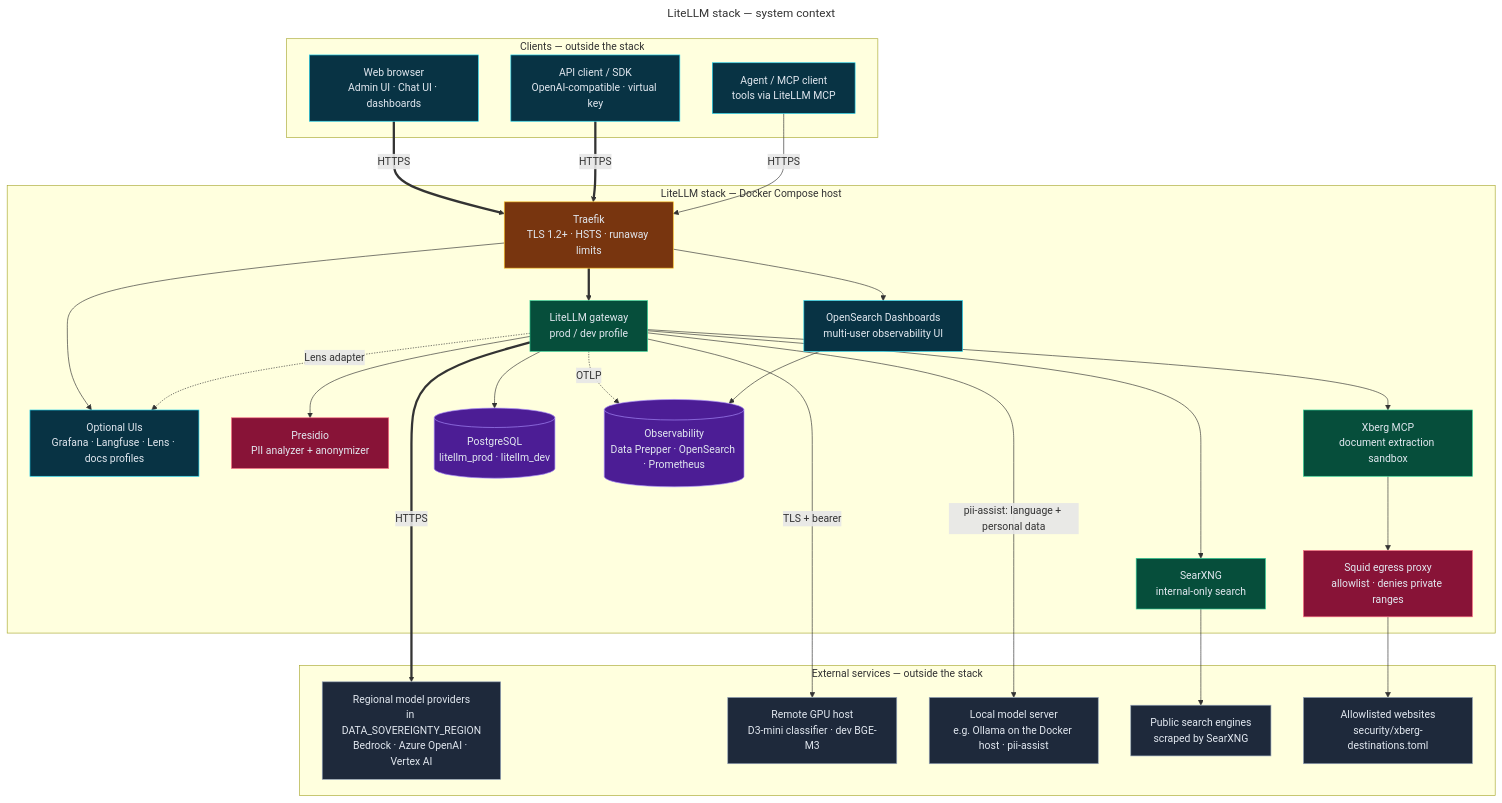
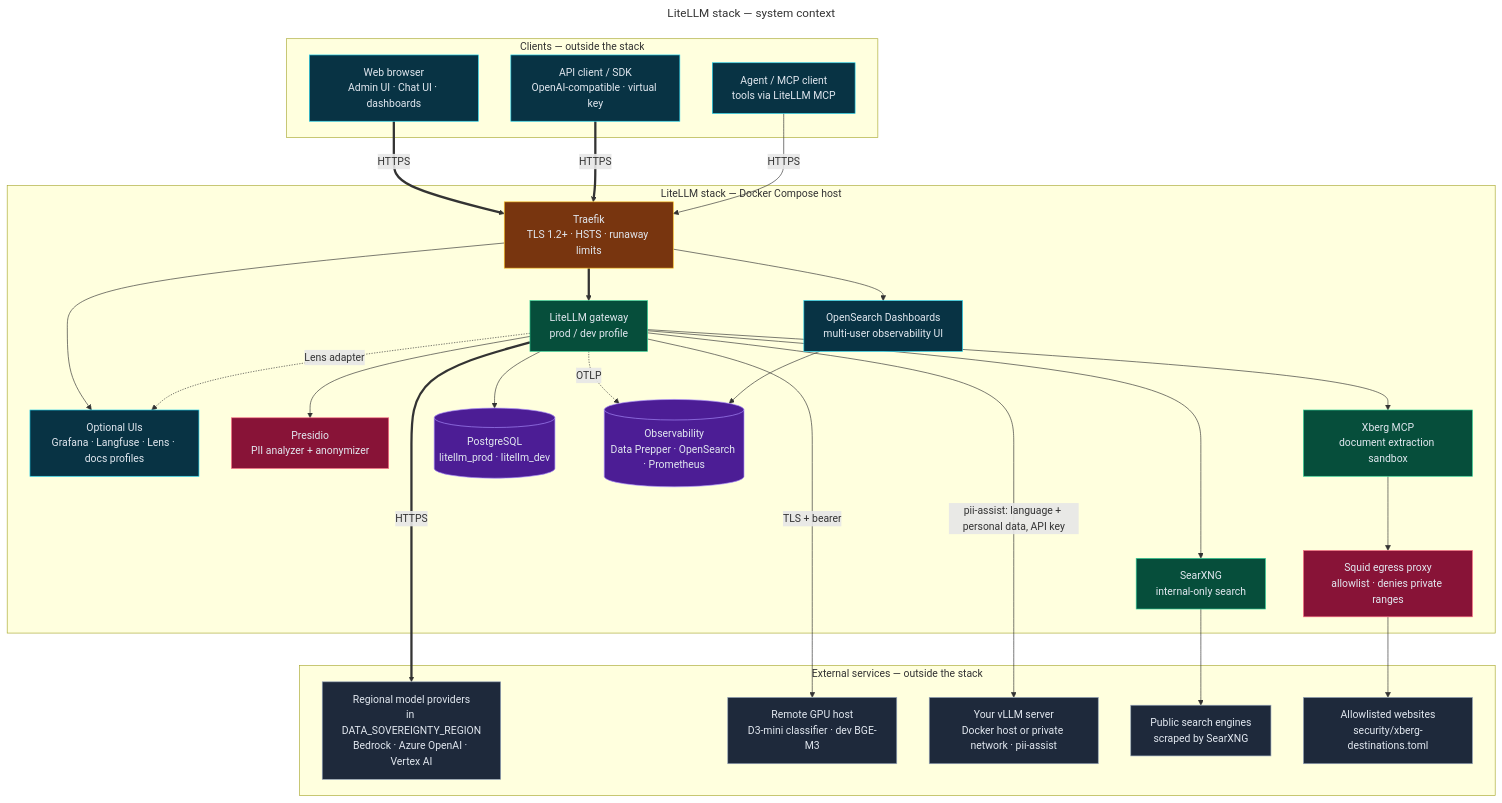
Before and after one commit to bella-1337/effective-spoon: the diagram in diagrams/01-system-context.mmd, drawn with Mermaid. The commit also changed 15 other files, not shown here.

First line of the commit message:
Serve the pii-assist model from an operator-run vLLM server instead of Ollama

```diff
--- a/diagrams/01-system-context.mmd
+++ b/diagrams/01-system-context.mmd
@@ -1,66 +1,66 @@
 ---
 title: LiteLLM stack — system context
 ---
 flowchart TD
   %% Source for 01-system-context.html. Edit this file, then run ./scripts/render-diagrams.py.
   %% Directives: docs in diagrams/README.md (Updating diagrams).
   %% @mode architecture
   %% @subtitle Who calls the stack, what runs inside the Docker host, and which services live outside it
   %% @card cyan | Clients | Browsers, SDKs, and agents reach the stack only through Traefik over HTTPS | API clients authenticate to LiteLLM with a virtual key or the master key | Operators use OpenSearch Dashboards, plus Grafana, Langfuse, Lens, or the documentation site when enabled
   %% @card violet | Inside the stack | LiteLLM is the single gateway for models, search, MCP tools, and guardrails | Presidio, SearXNG, Xberg, PostgreSQL, and telemetry stay on internal networks | Every container log, metric, and trace lands in OpenSearch by default
   %% @card rose | Outside the stack | Only the models named in .env serve completions, each from a Bedrock, Azure OpenAI, or Vertex AI location inside DATA_SOVEREIGNTY_REGION; a separate GPU host runs D3-mini and dev BGE-M3 embeddings behind one TLS proxy trusted through its mkcert CA, or the optional d3 profile runs D3-mini on the stack host's own GPU | SearXNG scrapes public engines — review their terms of use | Xberg reaches only allowlisted sites through the Squid egress proxy
   %% @journey #22d3ee: API TR LL EUP
   %% @journey #a78bfa: BR TR OSD OBS
   %% @journey #34d399: AG TR LL XB SQ WEB
 
   subgraph CL["Clients — outside the stack"]
     BR["Web browser<br/>Admin UI · Chat UI · dashboards"]:::frontend
     API["API client / SDK<br/>OpenAI-compatible · virtual key"]:::frontend
     AG["Agent / MCP client<br/>tools via LiteLLM MCP"]:::frontend
   end
   subgraph ST["LiteLLM stack — Docker Compose host"]
     TR["Traefik<br/>TLS 1.2+ · HSTS · runaway limits"]:::cloud
     LL["LiteLLM gateway<br/>prod / dev profile"]:::backend
     OSD["OpenSearch Dashboards<br/>multi-user observability UI"]:::frontend
     OPT["Optional UIs<br/>Grafana · Langfuse · Lens · docs profiles"]:::frontend
     PR["Presidio<br/>PII analyzer + anonymizer"]:::security
     SX["SearXNG<br/>internal-only search"]:::backend
     XB["Xberg MCP<br/>document extraction sandbox"]:::backend
     PG[("PostgreSQL<br/>litellm_prod · litellm_dev")]:::database
     OBS[("Observability<br/>Data Prepper · OpenSearch · Prometheus")]:::database
     SQ["Squid egress proxy<br/>allowlist · denies private ranges"]:::security
   end
   subgraph EX["External services — outside the stack"]
     EUP["Regional model providers<br/>in DATA_SOVEREIGNTY_REGION<br/>Bedrock · Azure OpenAI · Vertex AI"]:::external
     D3["Remote GPU host<br/>D3-mini classifier · dev BGE-M3"]:::external
-    OLL["Local model server<br/>e.g. Ollama on the Docker host · pii-assist"]:::external
+    VLM["Your vLLM server<br/>Docker host or private network · pii-assist"]:::external
     SE["Public search engines<br/>scraped by SearXNG"]:::external
     WEB["Allowlisted websites<br/>security/xberg-destinations.toml"]:::external
   end
 
   BR ==>|"HTTPS"| TR
   API ==>|"HTTPS"| TR
   AG -->|"HTTPS"| TR
   TR ==> LL
   TR --> OSD
   TR --> OPT
   LL --> PR
   LL --> SX
   LL --> XB
   LL --> PG
   LL -.->|"OTLP"| OBS
   LL -.->|"Lens adapter"| OPT
   OSD --> OBS
   XB --> SQ
   LL ==>|"HTTPS"| EUP
   LL -->|"TLS + bearer"| D3
-  LL -->|"pii-assist: language + personal data"| OLL
+  LL -->|"pii-assist: language + personal data, API key"| VLM
   SX --> SE
   SQ --> WEB
 
   classDef backend fill:#064e3b,stroke:#34d399,color:#e2e8f0
   classDef cloud fill:#78350f,stroke:#fbbf24,color:#e2e8f0
   classDef database fill:#4c1d95,stroke:#a78bfa,color:#e2e8f0
   classDef external fill:#1e293b,stroke:#94a3b8,color:#e2e8f0
   classDef frontend fill:#083344,stroke:#22d3ee,color:#e2e8f0
   classDef security fill:#881337,stroke:#fb7185,color:#e2e8f0
```
